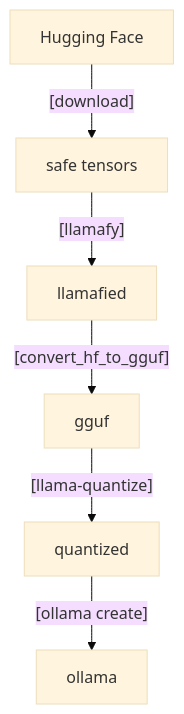
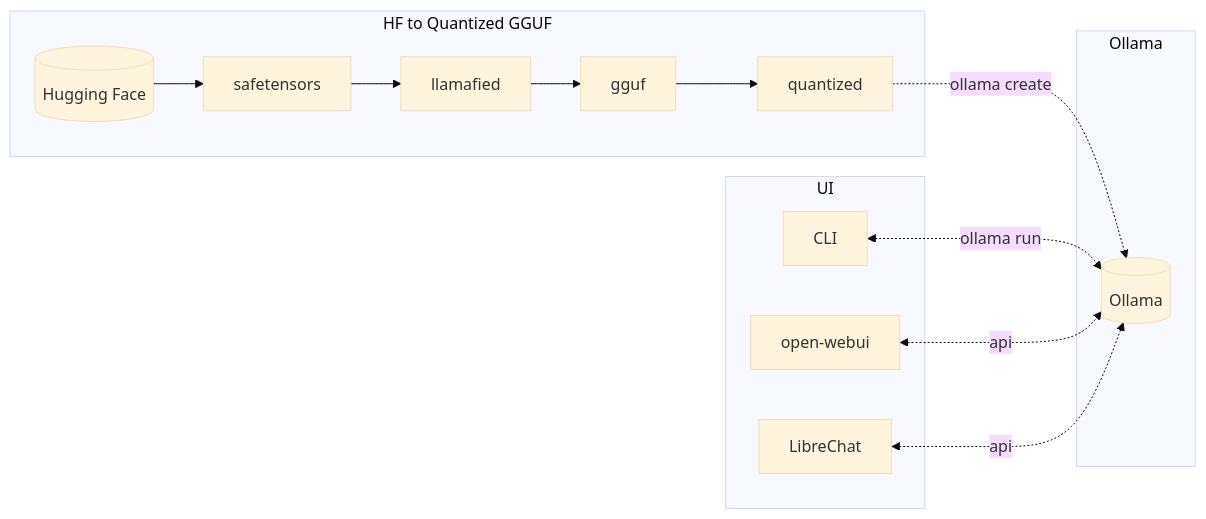
The diagram in README.md (xest-haii/hf2ollama), drawn with Mermaid (base theme) before and after one commit. The commit also changed other lines of this file, not shown here.

````diff
--- a/README.md
+++ b/README.md
@@ -3,8 +2,14 @@
 ```mermaid
-graph TD;
-  A[Hugging Face] --[download]--> B[safe tensors];
-  B --[llamafy]--> C[llamafied];
-  C --[convert_hf_to_gguf]--> D[gguf];
-  D --[llama-quantize]--> E[quantized];
-  E --[ollama create]--> F[ollama];
+graph LR
+  subgraph HF to Quantized GGUF
+    A[(Hugging Face)]-->B[safetensors]-->C[llamafied]-->D[gguf]-->E[quantized]
+  end
+  subgraph Ollama
+    E-. ollama create .->I[(Ollama)]
+  end
+  subgraph UI
+    J[CLI]<-. ollama run .->I
+    K[open-webui]<-. api .->I
+    L[LibreChat]<-. api .->I
+  end
 ```
````
